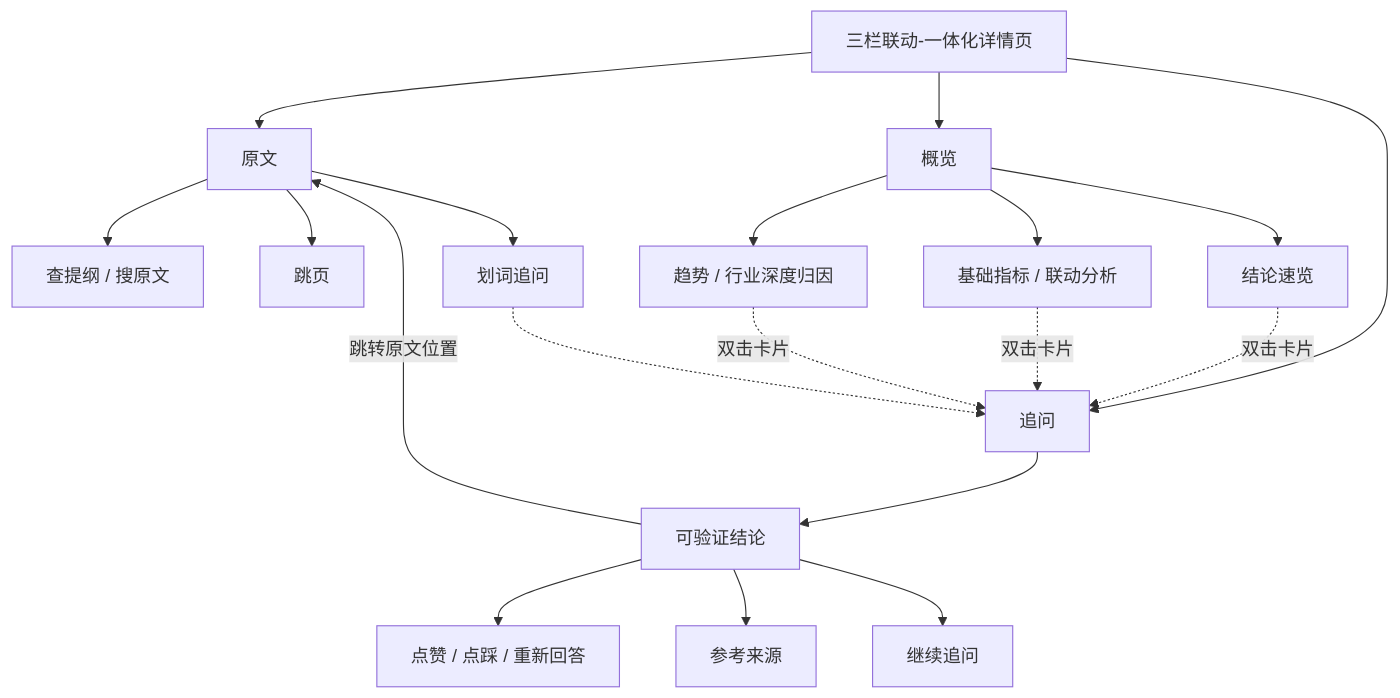
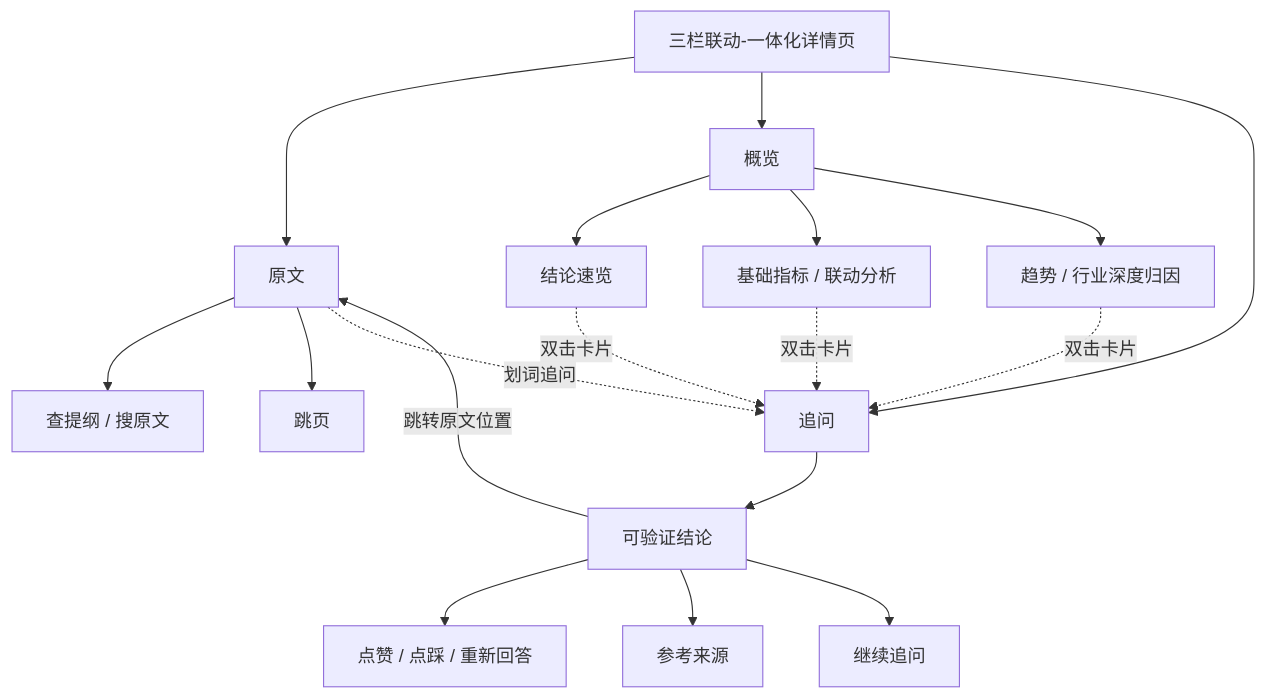
Before and after one commit to wuyongpeng/Financial-Report-Intelligence: the diagram in docs/产品介绍.md, drawn with Mermaid.

Commit message:
docs: 产品介绍「怎么用」划词追问改为虚线动作
从原文子节点改为 Orig -.->|划词追问| Ask，与双击卡片同级。

````diff
--- a/docs/产品介绍.md
+++ b/docs/产品介绍.md
@@ -16,28 +16,27 @@
 ```mermaid
 flowchart TB
   Entry["三栏联动-一体化详情页"]
 
   Entry --> Orig["原文"]
   Entry --> Over["概览"]
   Entry --> Ask["追问"]
 
   Orig --> O1["查提纲 / 搜原文"]
   Orig --> O2["跳页"]
-  Orig --> O3["划词追问"]
 
   Over --> V1["结论速览"]
   Over --> V2["基础指标 / 联动分析"]
   Over --> V3["趋势 / 行业深度归因"]
 
   Ask --> Ans["可验证结论"]
 
   Ans --> F1["点赞 / 点踩 / 重新回答"]
   Ans --> F2["参考来源"]
   Ans --> F3["继续追问"]
 
+  Orig -.->|"划词追问"| Ask
   V1 -.->|"双击卡片"| Ask
   V2 -.->|"双击卡片"| Ask
   V3 -.->|"双击卡片"| Ask
-  O3 -.-> Ask
   Ans -->|"跳转原文位置"| Orig
 ```
````
